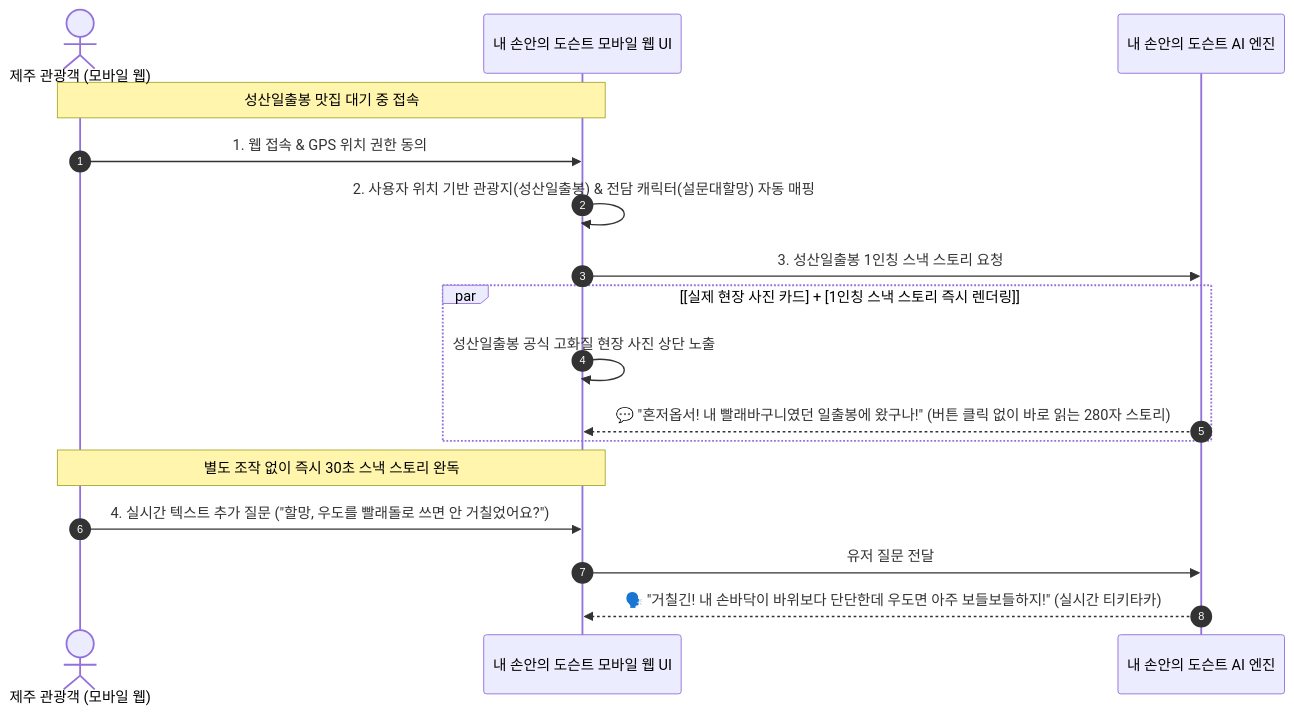
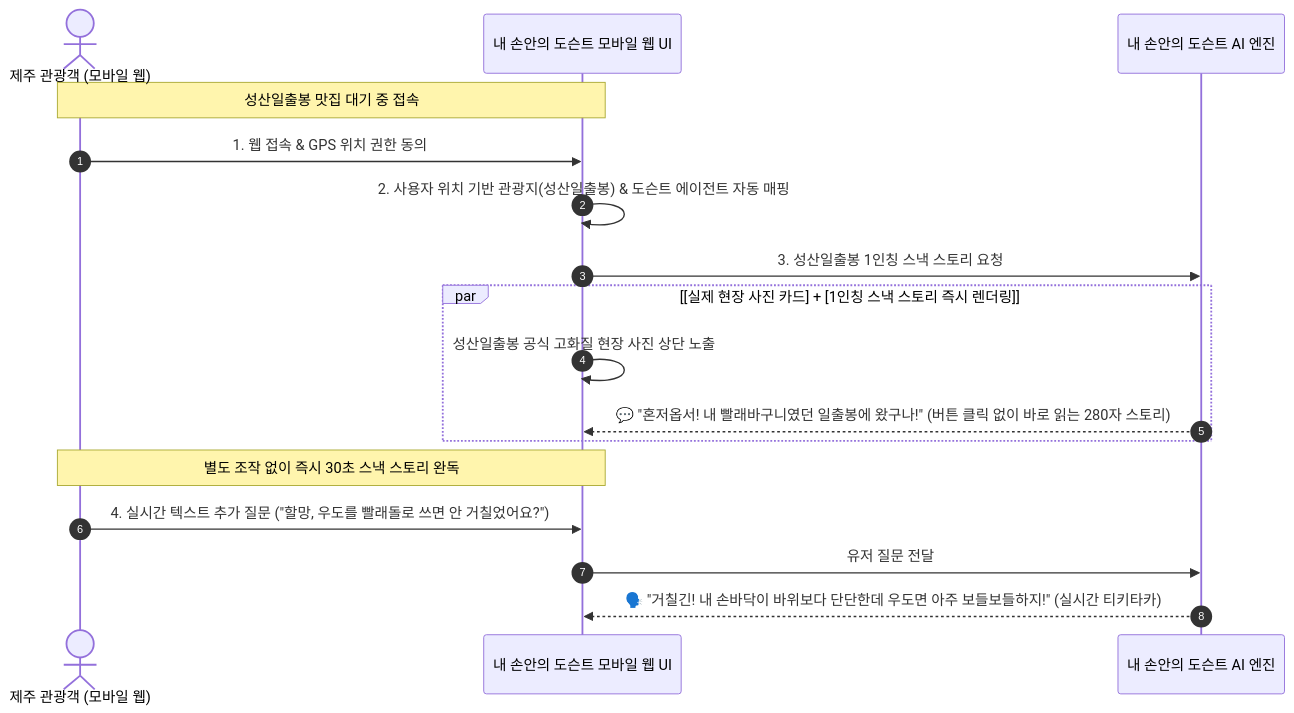
One commit to Gukui0516/Docent-in-hand changed the second of 4 diagrams in 헤커톤_기획서.md. Above: the diagram before and after it, drawn with Mermaid. The commit also changed other lines of this file and 4 other files, not shown here.

````diff
--- a/헤커톤_기획서.md
+++ b/헤커톤_기획서.md
@@ -70,22 +77,22 @@
 ```mermaid
 sequenceDiagram
     autonumber
     actor User as 제주 관광객 (모바일 웹)
     participant Web as 내 손안의 도슨트 모바일 웹 UI
     participant AI as 내 손안의 도슨트 AI 엔진
 
     Note over User, Web: 성산일출봉 맛집 대기 중 접속
     User->>Web: 1. 웹 접속 & GPS 위치 권한 동의
-    Web->>Web: 2. 사용자 위치 기반 관광지(성산일출봉) & 전담 캐릭터(설문대할망) 자동 매핑
+    Web->>Web: 2. 사용자 위치 기반 관광지(성산일출봉) & 도슨트 에이전트 자동 매핑
     Web->>AI: 3. 성산일출봉 1인칭 스낵 스토리 요청
     
     par [실제 현장 사진 카드] + [1인칭 스낵 스토리 즉시 렌더링]
         Web->>Web: 성산일출봉 공식 고화질 현장 사진 상단 노출
         AI-->>Web: 💬 "혼저옵서! 내 빨래바구니였던 일출봉에 왔구나!" (버튼 클릭 없이 바로 읽는 280자 스토리)
     end
 
     Note over User, Web: 별도 조작 없이 즉시 30초 스낵 스토리 완독
     User->>Web: 4. 실시간 텍스트 추가 질문 ("할망, 우도를 빨래돌로 쓰면 안 거칠었어요?")
     Web->>AI: 유저 질문 전달
     AI-->>Web: 🗣️ "거칠긴! 내 손바닥이 바위보다 단단한데 우도면 아주 보들보들하지!" (실시간 티키타카)
 ```
````
